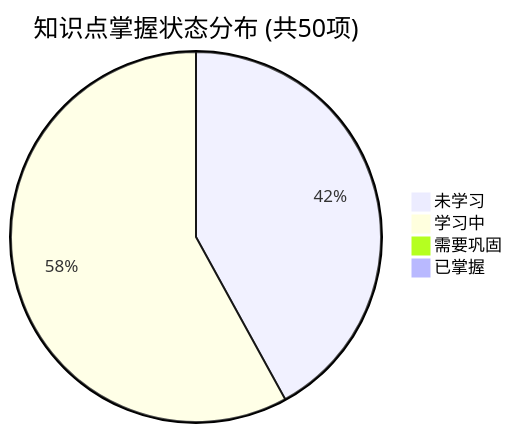
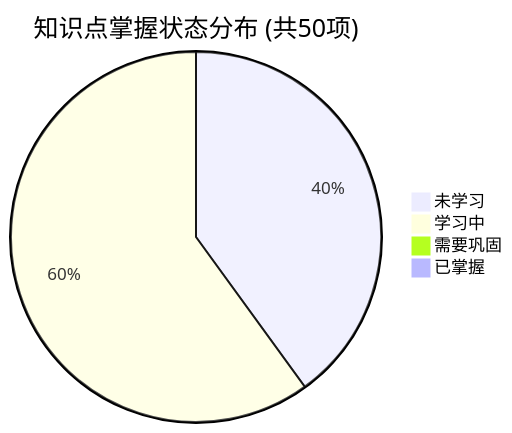
Before and after one commit to tieke1121/tech-interview-knowledge-base: the first of 2 diagrams in PROGRESS.md, drawn with Mermaid. The commit also changed other lines of this file and 1 other file, not shown here.

````diff
--- a/PROGRESS.md
+++ b/PROGRESS.md
@@ -23,7 +23,7 @@
 ```mermaid
 pie title 知识点掌握状态分布 (共50项)
-    "未学习" : 21
-    "学习中" : 29
+    "未学习" : 20
+    "学习中" : 30
     "需要巩固" : 0
     "已掌握" : 0
 ```
````
